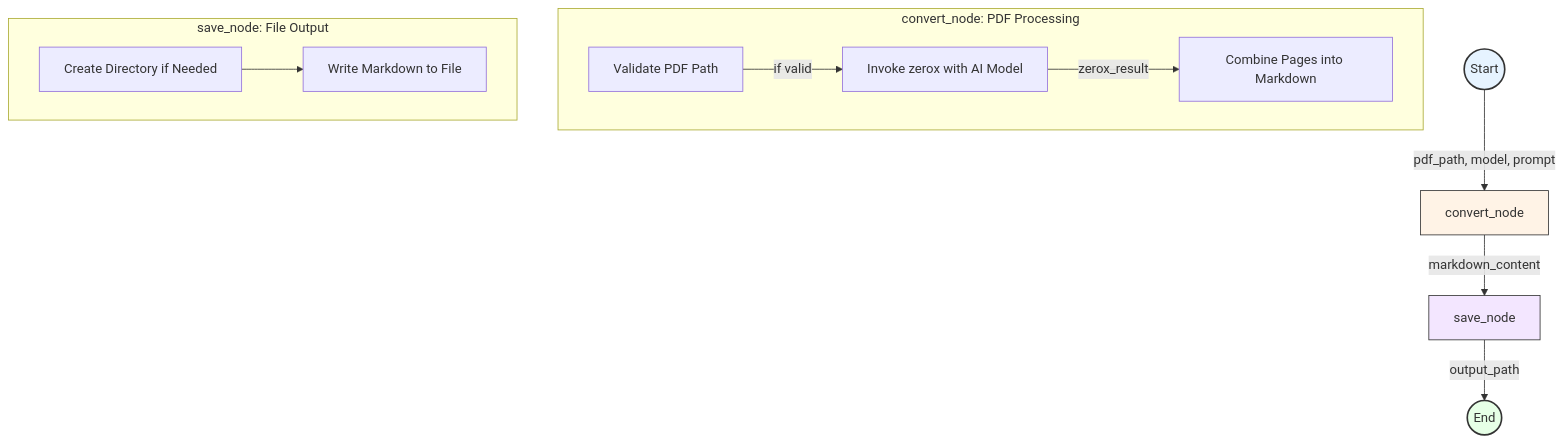
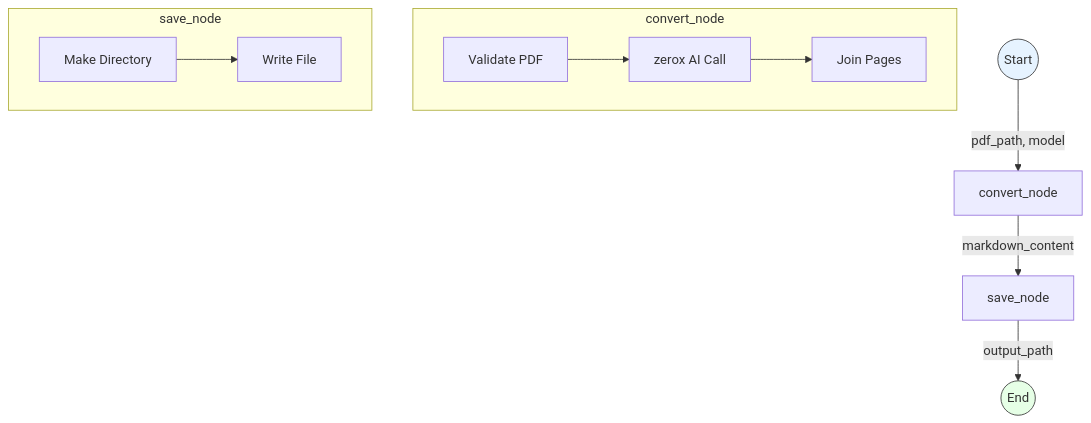
The diagram in examples/flow/pdf_to_markdown/README.md (quantalogic/quantalogic), drawn with Mermaid before and after one commit. The commit also changed other lines of this file and 2 other files, not shown here.

````diff
--- a/examples/flow/pdf_to_markdown/README.md
+++ b/examples/flow/pdf_to_markdown/README.md
@@ -258,20 +259,17 @@
 ```mermaid
 flowchart TD
-    A((Start)) -->|pdf_path, model, prompt| B[convert_node]
+    A((Start)) -->|pdf_path, model| B[convert_node]
     B -->|markdown_content| C[save_node]
     C -->|output_path| D((End))
 
-    subgraph "convert_node: PDF Processing"
-        B1[Validate PDF Path] -->|if valid| B2[Invoke zerox with AI Model]
-        B2 -->|zerox_result| B3[Combine Pages into Markdown]
+    subgraph "convert_node"
+        B1[Validate PDF] --> B2[zerox AI Call] --> B3[Join Pages]
     end
 
-    subgraph "save_node: File Output"
-        C1[Create Directory if Needed] --> C2[Write Markdown to File]
+    subgraph "save_node"
+        C1[Make Directory] --> C2[Write File]
     end
 
-    style A fill:#e6f3ff,stroke:#333,stroke-width:2px
-    style D fill:#e6ffe6,stroke:#333,stroke-width:2px
-    style B fill:#fff3e6,stroke:#333
-    style C fill:#f3e6ff,stroke:#333
+    style A fill:#e6f3ff,stroke:#333
+    style D fill:#e6ffe6,stroke:#333
 ```
````
